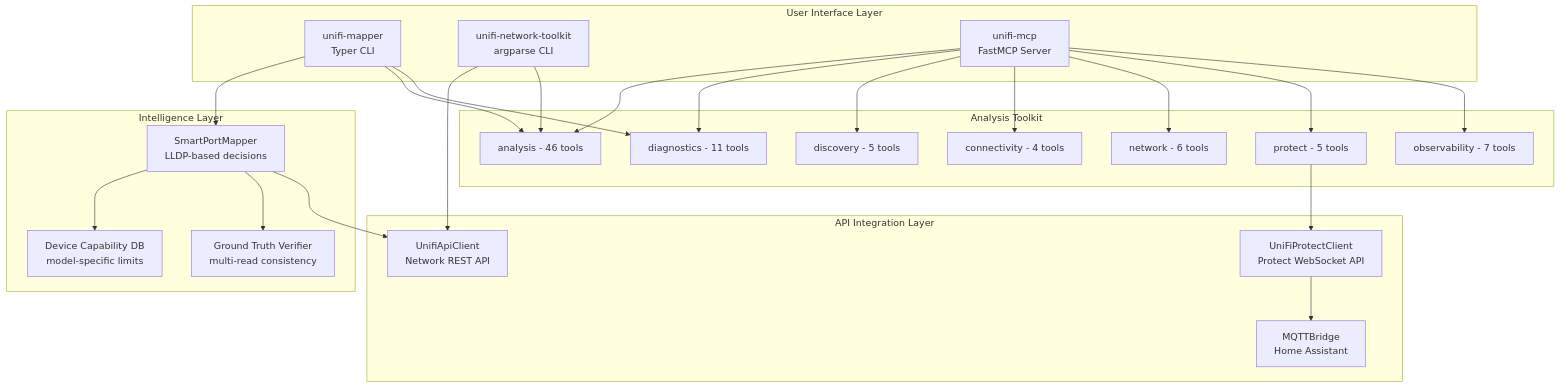
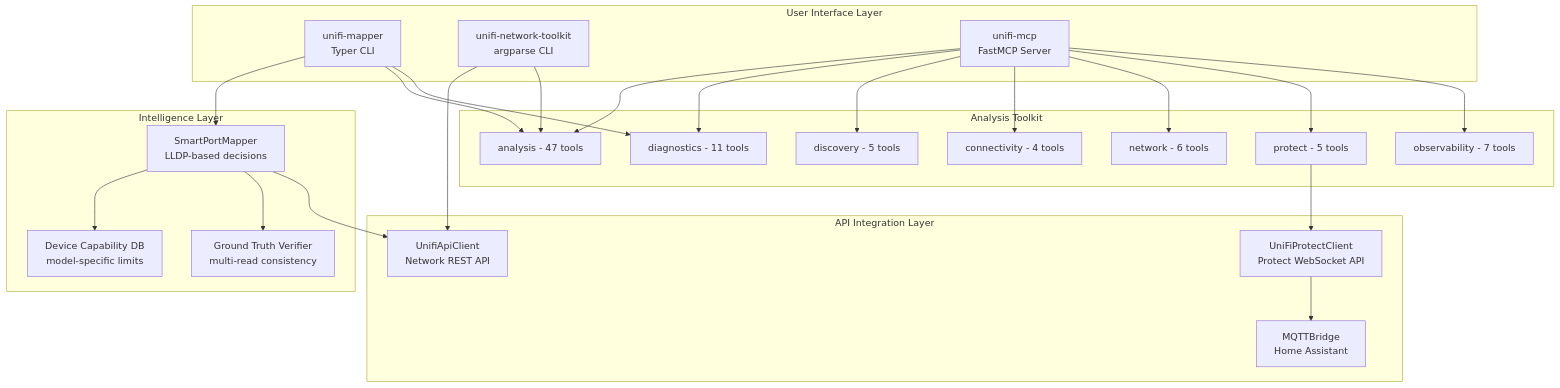
Before and after one commit to NetDevAutomate/unifi_management_cli: diagram 20 of 20 in docs/guides/use-cases-and-howto.md, drawn with Mermaid. The commit also changed other lines of this file and 14 other files, not shown here.

````diff
--- a/docs/guides/use-cases-and-howto.md
+++ b/docs/guides/use-cases-and-howto.md
@@ -1844,50 +1844,50 @@
 ```mermaid
 flowchart TB
     subgraph UI["User Interface Layer"]
         A[unifi-mapper<br/>Typer CLI]
         B[unifi-network-toolkit<br/>argparse CLI]
         C[unifi-mcp<br/>FastMCP Server]
     end
 
     subgraph Intel["Intelligence Layer"]
         D[SmartPortMapper<br/>LLDP-based decisions]
         E[Device Capability DB<br/>model-specific limits]
         F[Ground Truth Verifier<br/>multi-read consistency]
     end
 
     subgraph Analysis["Analysis Toolkit"]
-        G[analysis - 46 tools]
+        G[analysis - 47 tools]
         H[diagnostics - 11 tools]
         I[discovery - 5 tools]
         J[connectivity - 4 tools]
         K[network - 6 tools]
         L[protect - 5 tools]
         P[observability - 7 tools]
     end
 
     subgraph API["API Integration Layer"]
         M[UnifiApiClient<br/>Network REST API]
         N[UniFiProtectClient<br/>Protect WebSocket API]
         O[MQTTBridge<br/>Home Assistant]
     end
 
     A --> D
     A --> G
     A --> H
     B --> M
     B --> G
     C --> G
     C --> H
     C --> I
     C --> J
     C --> K
     C --> L
     C --> P
 
     D --> E
     D --> F
     D --> M
 
     L --> N
     N --> O
 ```
````
